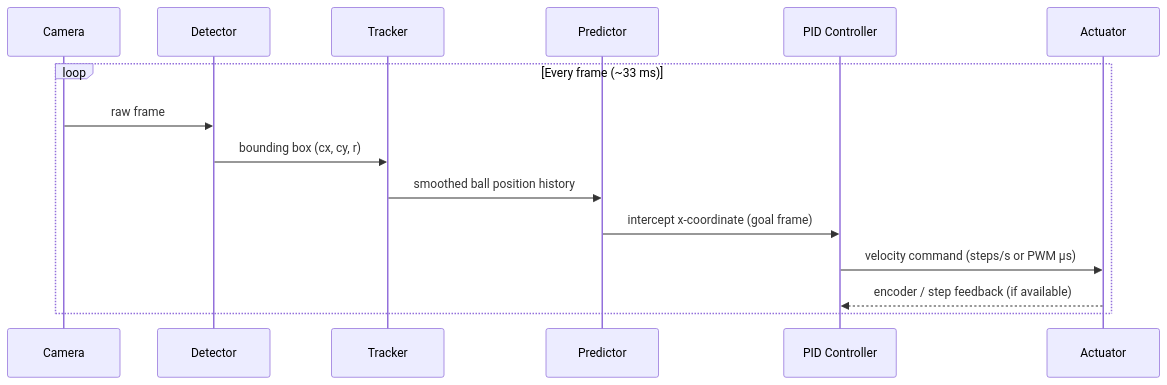
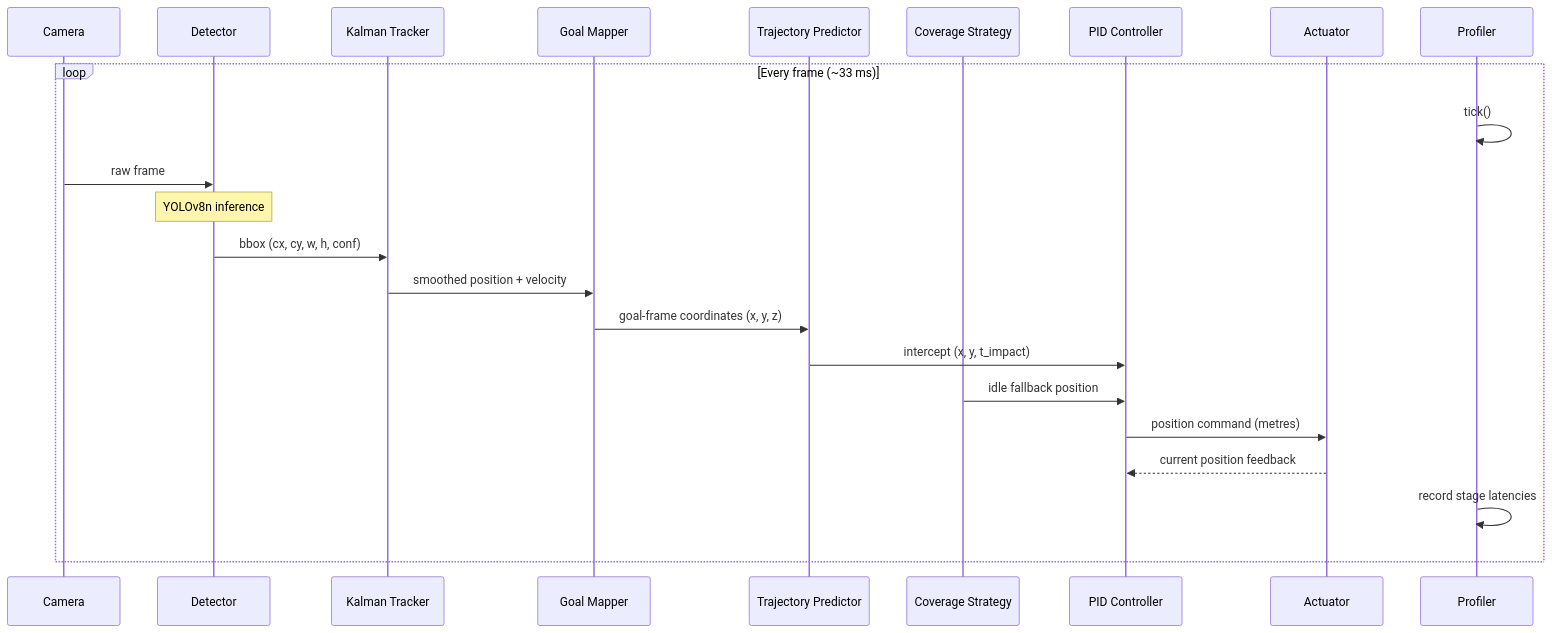
One commit to Karthik321-coder/aqua-keeper-ai changed the third of 6 diagrams in ARCHITECTURE.md. Above: the diagram before and after it, drawn with Mermaid. The commit also changed other lines of this file and 4 other files, not shown here.

Commit message:
Add HARDWARE.md, CONTRIBUTING.md, enhance ARCHITECTURE.md, TESTING.md, and README.md

````diff
--- a/ARCHITECTURE.md
+++ b/ARCHITECTURE.md
@@ -57,18 +102,26 @@
 ```mermaid
 sequenceDiagram
     participant CAM as Camera
     participant DET as Detector
-    participant TRK as Tracker
-    participant PRD as Predictor
+    participant KAL as Kalman Tracker
+    participant MAP as Goal Mapper
+    participant PRD as Trajectory Predictor
+    participant COV as Coverage Strategy
     participant PID as PID Controller
     participant ACT as Actuator
+    participant BENCH as Profiler
 
     loop Every frame (~33 ms)
+        BENCH->>BENCH: tick()
         CAM->>DET: raw frame
-        DET->>TRK: bounding box (cx, cy, r)
-        TRK->>PRD: smoothed ball position history
-        PRD->>PID: intercept x-coordinate (goal frame)
-        PID->>ACT: velocity command (steps/s or PWM µs)
-        ACT-->>PID: encoder / step feedback (if available)
+        Note over DET: YOLOv8n inference
+        DET->>KAL: bbox (cx, cy, w, h, conf)
+        KAL->>MAP: smoothed position + velocity
+        MAP->>PRD: goal-frame coordinates (x, y, z)
+        PRD->>PID: intercept (x, y, t_impact)
+        COV->>PID: idle fallback position
+        PID->>ACT: position command (metres)
+        ACT-->>PID: current position feedback
+        BENCH->>BENCH: record stage latencies
     end
 ```
````
